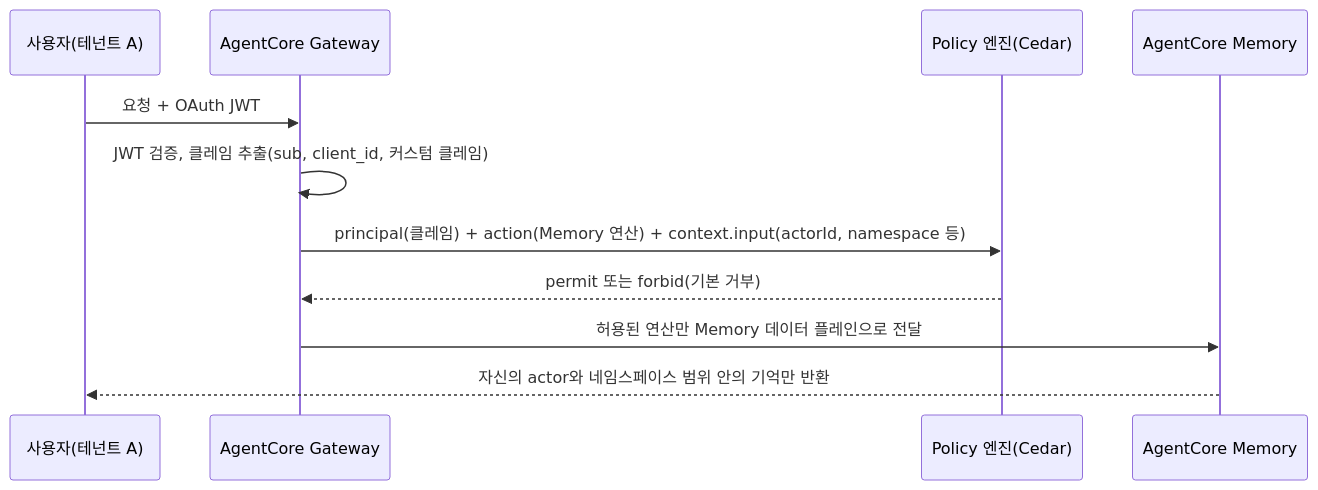
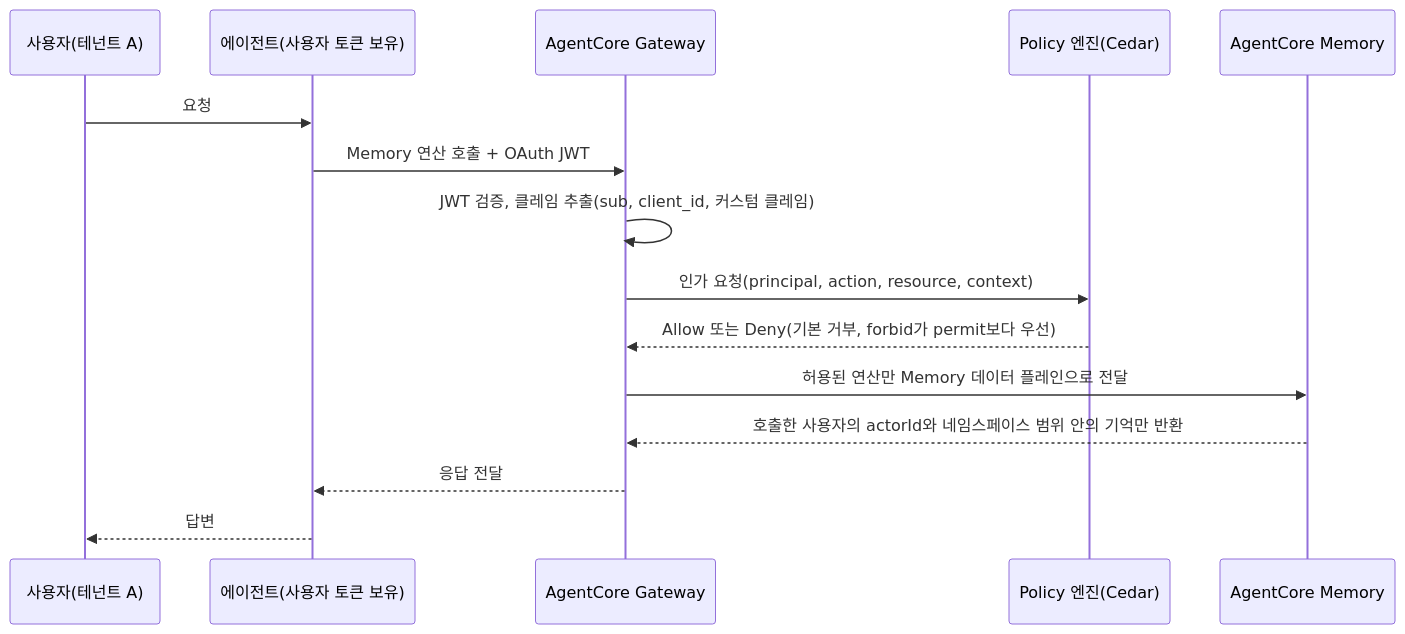
One commit to dotoryeee/blog changed the diagram in docs/posts/AI/agentcore_governance.md. Above: the diagram before and after it, drawn with Mermaid. The commit also changed other lines of this file, not shown here.

Commit message:
update: agentcore 거버넌스 글 검토 반영 (격리 보증 조건 명시, mermaid 흐름 수정, 발표일과 GA 구분, 약어 풀이)

````diff
--- a/docs/posts/AI/agentcore_governance.md
+++ b/docs/posts/AI/agentcore_governance.md
@@ -56,13 +56,17 @@
 ```mermaid
 sequenceDiagram
     participant U as 사용자(테넌트 A)
+    participant A as 에이전트(사용자 토큰 보유)
     participant G as AgentCore Gateway
     participant P as Policy 엔진(Cedar)
     participant M as AgentCore Memory
-    U->>G: 요청 + OAuth JWT
+    U->>A: 요청
+    A->>G: Memory 연산 호출 + OAuth JWT
     G->>G: JWT 검증, 클레임 추출(sub, client_id, 커스텀 클레임)
-    G->>P: principal(클레임) + action(Memory 연산) + context.input(actorId, namespace 등)
-    P-->>G: permit 또는 forbid(기본 거부)
+    G->>P: 인가 요청(principal, action, resource, context)
+    P-->>G: Allow 또는 Deny(기본 거부, forbid가 permit보다 우선)
     G->>M: 허용된 연산만 Memory 데이터 플레인으로 전달
-    M-->>U: 자신의 actor와 네임스페이스 범위 안의 기억만 반환
+    M-->>G: 호출한 사용자의 actorId와 네임스페이스 범위 안의 기억만 반환
+    G-->>A: 응답 전달
+    A-->>U: 답변
 ```
````
